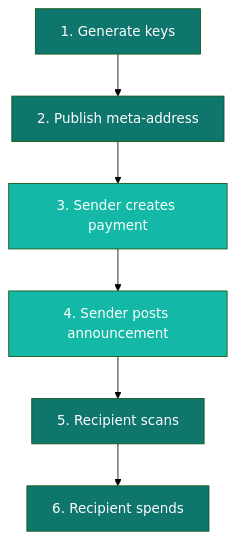
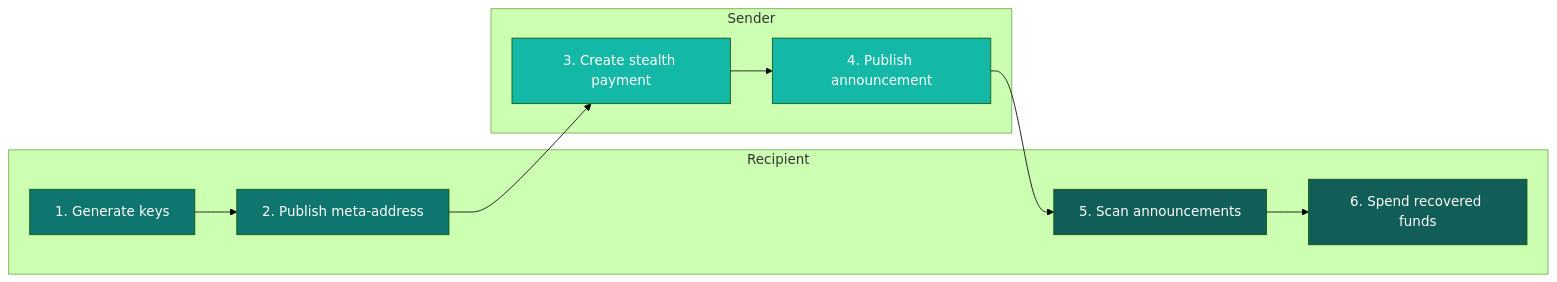
One commit to specter-privacy/docs changed the diagram in how-it-works/protocol-flow.mdx. Above: the diagram before and after it, drawn with Mermaid (forest theme). The commit also changed 11 other files, not shown here.

````diff
--- a/how-it-works/protocol-flow.mdx
+++ b/how-it-works/protocol-flow.mdx
@@ -10,15 +10,27 @@
 ```mermaid
-flowchart TD
-    S1["1. Generate keys"] --> S2["2. Publish meta-address"]
-    S2 --> S3["3. Sender creates payment"]
-    S3 --> S4["4. Sender posts announcement"]
-    S4 --> S5["5. Recipient scans"]
-    S5 --> S6["6. Recipient spends"]
+flowchart LR
+    subgraph Recipient["Recipient"]
+        S1["1. Generate keys"]
+        S2["2. Publish meta-address"]
+        S5["5. Scan announcements"]
+        S6["6. Spend recovered funds"]
+        S1 --> S2
+        S5 --> S6
+    end
+
+    subgraph Sender["Sender"]
+        S3["3. Create stealth payment"]
+        S4["4. Publish announcement"]
+        S3 --> S4
+    end
+
+    S2 --> S3
+    S4 --> S5
 
     style S1 fill:#0F766E,color:#fff
     style S2 fill:#0F766E,color:#fff
     style S3 fill:#14B8A6,color:#fff
     style S4 fill:#14B8A6,color:#fff
-    style S5 fill:#0F766E,color:#fff
-    style S6 fill:#0F766E,color:#fff
+    style S5 fill:#115E59,color:#fff
+    style S6 fill:#115E59,color:#fff
 ```
````
